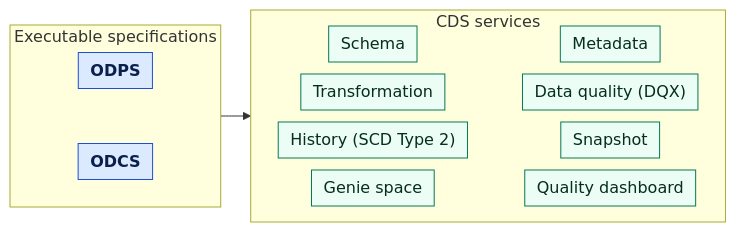
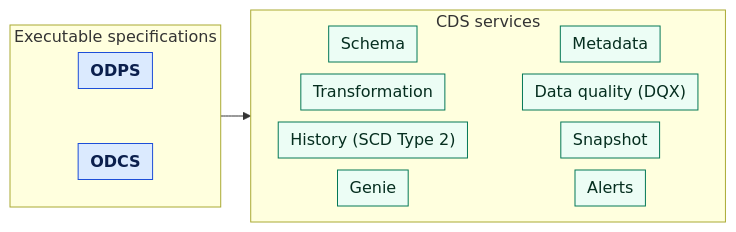
One commit to shbehna/cds changed the diagram in README.md. Above: the diagram before and after it, drawn with Mermaid. The commit also changed 28 other files, not shown here.

````diff
--- a/README.md
+++ b/README.md
@@ -17,33 +17,33 @@
 ```mermaid
 %%{init: {"flowchart": {"nodeSpacing": 12, "rankSpacing": 30, "padding": 6}}}%%
 flowchart LR
     subgraph documents [Executable specifications]
         direction TB
         odps["<b>ODPS</b>"]
         odcs["<b>ODCS</b>"]
     end
 
     subgraph services [CDS services]
         direction LR
         schema["Schema"]
         metadata["Metadata"]
         transformation["Transformation"]
         quality["Data quality (DQX)"]
         scd["History (SCD Type 2)"]
         snapshot["Snapshot"]
-        genie["Genie space"]
-        dashboard["Quality dashboard"]
+        genie["Genie"]
+        alerts["Alerts"]
     end
 
     odps ~~~ odcs
     schema ~~~ metadata
     transformation ~~~ quality
     scd ~~~ snapshot
-    genie ~~~ dashboard
+    genie ~~~ alerts
     documents --> services
 
     classDef document fill:#dbeafe,stroke:#1d4ed8,color:#0b1f4d
     classDef service fill:#ecfdf5,stroke:#047857,color:#052e1f
     class odps,odcs document
-    class schema,metadata,transformation,quality,scd,snapshot,genie,dashboard service
+    class schema,metadata,transformation,quality,scd,snapshot,genie,alerts service
 ```
````
